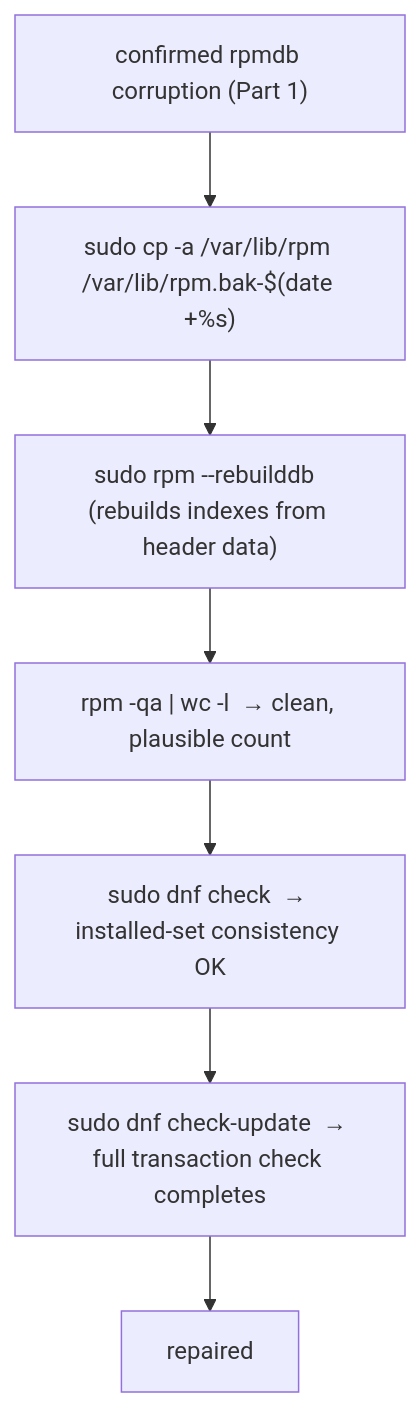
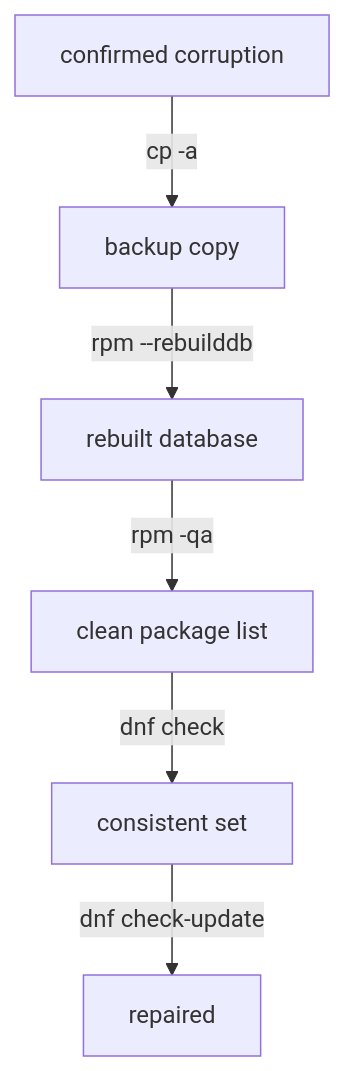
The diagram in sections/section-060/module-02/course-02-backup-rebuild-verify.md (astrona-io/ATS002), drawn with Mermaid before and after one commit. The commit also changed other lines of this file and 615 other files, not shown here.

````diff
--- a/sections/section-060/module-02/course-02-backup-rebuild-verify.md
+++ b/sections/section-060/module-02/course-02-backup-rebuild-verify.md
@@ -33,9 +9,8 @@
 ```mermaid
-flowchart TD
-    S["confirmed rpmdb corruption (Part 1)"] --> B["sudo cp -a /var/lib/rpm /var/lib/rpm.bak-$(date +%s)"]
-    B --> R["sudo rpm --rebuilddb  (rebuilds indexes from header data)"]
-    R --> V1["rpm -qa | wc -l  → clean, plausible count"]
-    V1 --> V2["sudo dnf check  → installed-set consistency OK"]
-    V2 --> V3["sudo dnf check-update  → full transaction check completes"]
-    V3 --> OK["repaired"]
+flowchart TB
+    S["confirmed corruption"] -->|"cp -a"| B["backup copy"]
+    B -->|"rpm --rebuilddb"| R["rebuilt database"]
+    R -->|"rpm -qa"| V1["clean package list"]
+    V1 -->|"dnf check"| V2["consistent set"]
+    V2 -->|"dnf check-update"| OK["repaired"]
 ```
````
